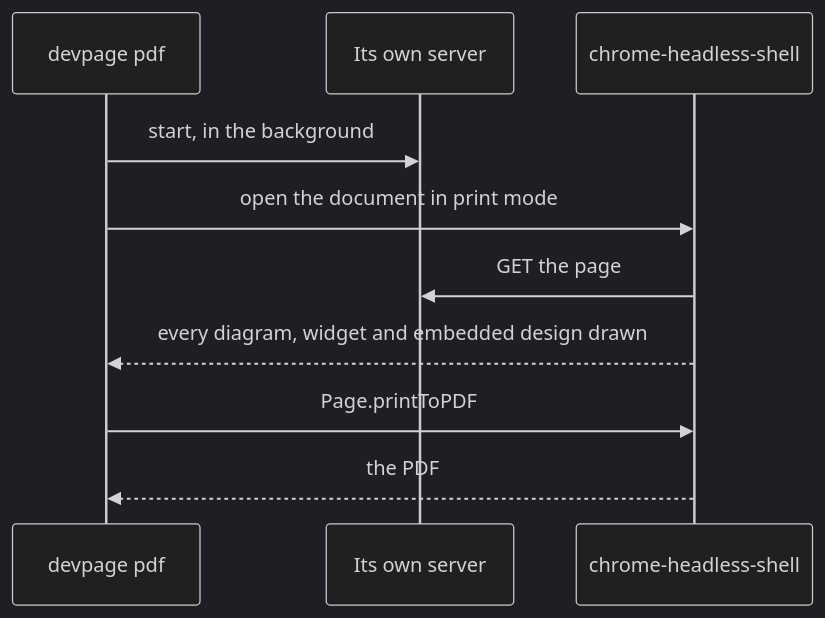
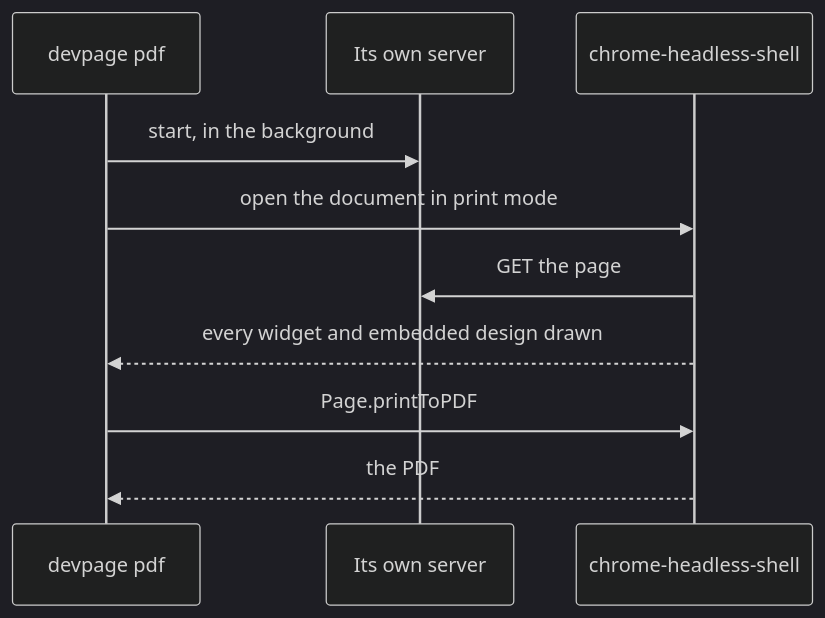
One commit to andrei512/devpage changed the diagram in docs/boxes/viewer/pdf/README.md. Above: the diagram before and after it, drawn with Mermaid (dark theme). The commit also changed other lines of this file and 19 other files, not shown here.

First line of the commit message:
Design: the server draws diagrams

````diff
--- a/docs/boxes/viewer/pdf/README.md
+++ b/docs/boxes/viewer/pdf/README.md
@@ -40,12 +40,12 @@
 ```mermaid
 sequenceDiagram
   participant pdf as devpage pdf
   participant server as Its own server
   participant chrome as chrome-headless-shell
   pdf->>server: start, in the background
   pdf->>chrome: open the document in print mode
   chrome->>server: GET the page
-  chrome-->>pdf: every diagram, widget and embedded design drawn
+  chrome-->>pdf: every widget and embedded design drawn
   pdf->>chrome: Page.printToPDF
   chrome-->>pdf: the PDF
 ```
````
